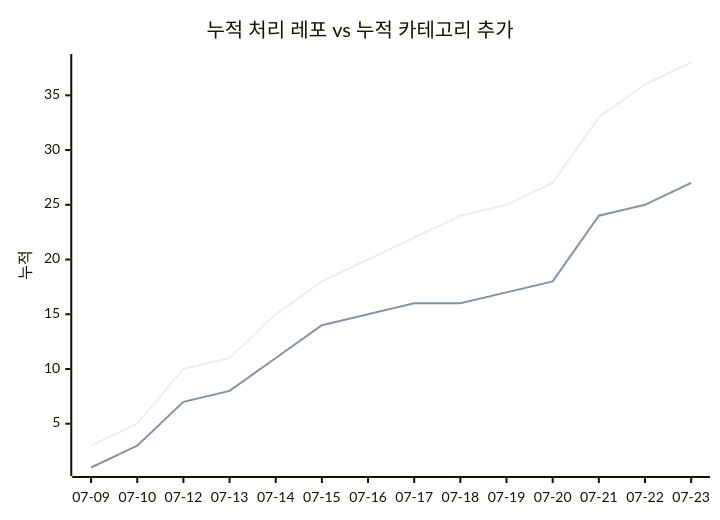
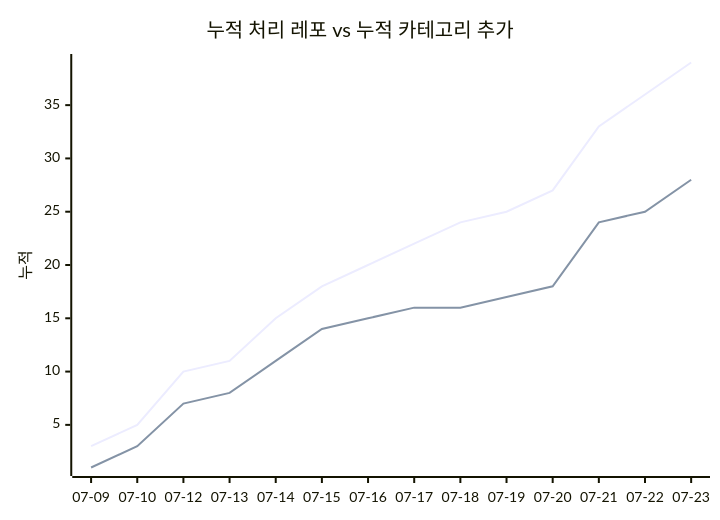
One commit to J-nowcow/awesome-korean-agent-skills changed the second of 2 diagrams in docs/trends.md. Above: the diagram before and after it, drawn with Mermaid. The commit also changed other lines of this file and 4 other files, not shown here.

````diff
--- a/docs/trends.md
+++ b/docs/trends.md
@@ -68,8 +68,8 @@
 ```mermaid
 xychart-beta
     title "누적 처리 레포 vs 누적 카테고리 추가"
     x-axis ["07-09","07-10","07-12","07-13","07-14","07-15","07-16","07-17","07-18","07-19","07-20","07-21","07-22","07-23"]
     y-axis "누적"
-    line [3,5,10,11,15,18,20,22,24,25,27,33,36,38]
-    line [1,3,7,8,11,14,15,16,16,17,18,24,25,27]
+    line [3,5,10,11,15,18,20,22,24,25,27,33,36,39]
+    line [1,3,7,8,11,14,15,16,16,17,18,24,25,28]
 ```
````
